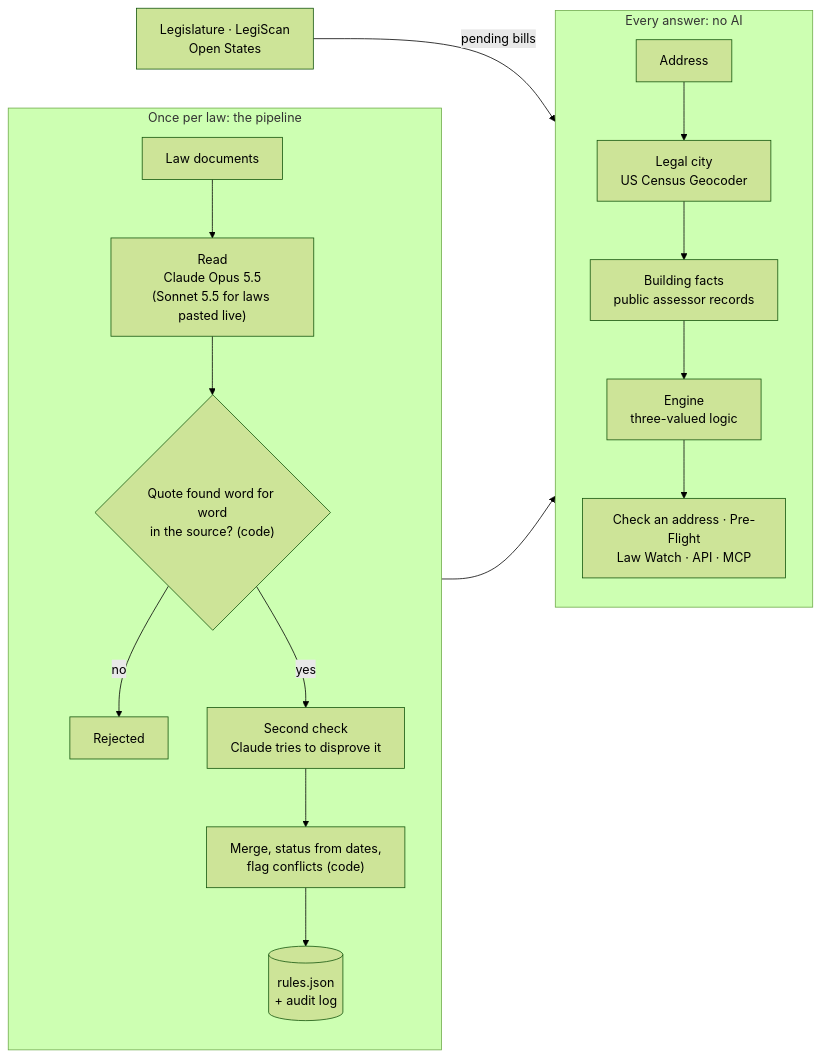
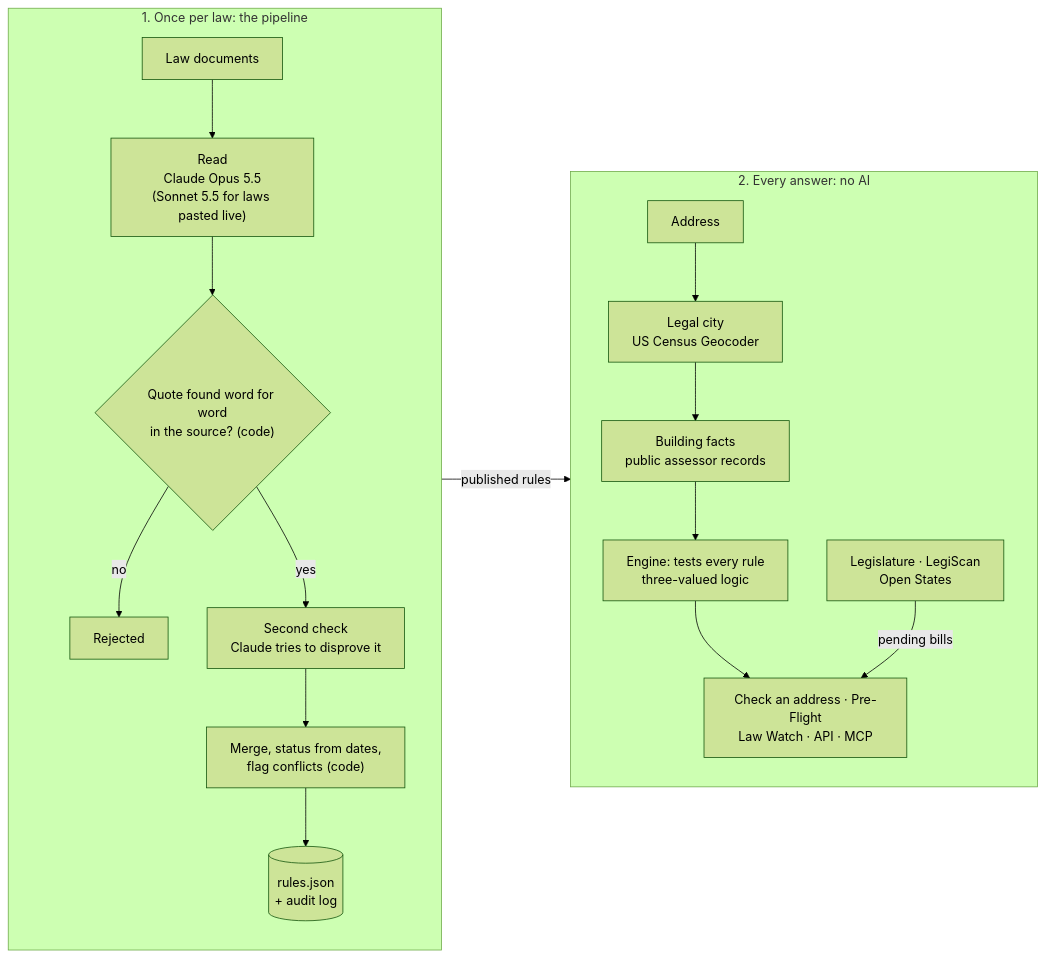
Before and after one commit to usv240/proofline: the diagram in README.md, drawn with Mermaid (forest theme).

Commit message:
README: diagram columns render top to bottom

````diff
--- a/README.md
+++ b/README.md
@@ -67,21 +67,21 @@
 ```mermaid
 flowchart LR
-  subgraph ONCE["Once per law: the pipeline"]
+  subgraph ONCE["1. Once per law: the pipeline"]
     direction TB
     A["Law documents"] --> B["Read<br/>Claude Opus 5.5<br/>(Sonnet 5.5 for laws pasted live)"]
     B --> C{"Quote found word for word<br/>in the source? (code)"}
     C -- "no" --> R["Rejected"]
     C -- "yes" --> D["Second check<br/>Claude tries to disprove it"]
     D --> E["Merge, status from dates,<br/>flag conflicts (code)"]
     E --> F[("rules.json<br/>+ audit log")]
   end
-  subgraph EVERY["Every answer: no AI"]
+  subgraph EVERY["2. Every answer: no AI"]
     direction TB
     G["Address"] --> H["Legal city<br/>US Census Geocoder"]
     H --> I["Building facts<br/>public assessor records"]
-    I --> J["Engine<br/>three-valued logic"]
+    I --> J["Engine: tests every rule<br/>three-valued logic"]
     J --> K["Check an address · Pre-Flight<br/>Law Watch · API · MCP"]
+    L["Legislature · LegiScan<br/>Open States"] -- "pending bills" --> K
   end
-  F --> J
-  L["Legislature · LegiScan<br/>Open States"] -- "pending bills" --> K
+  ONCE -- "published rules" --> EVERY
 ```
````
